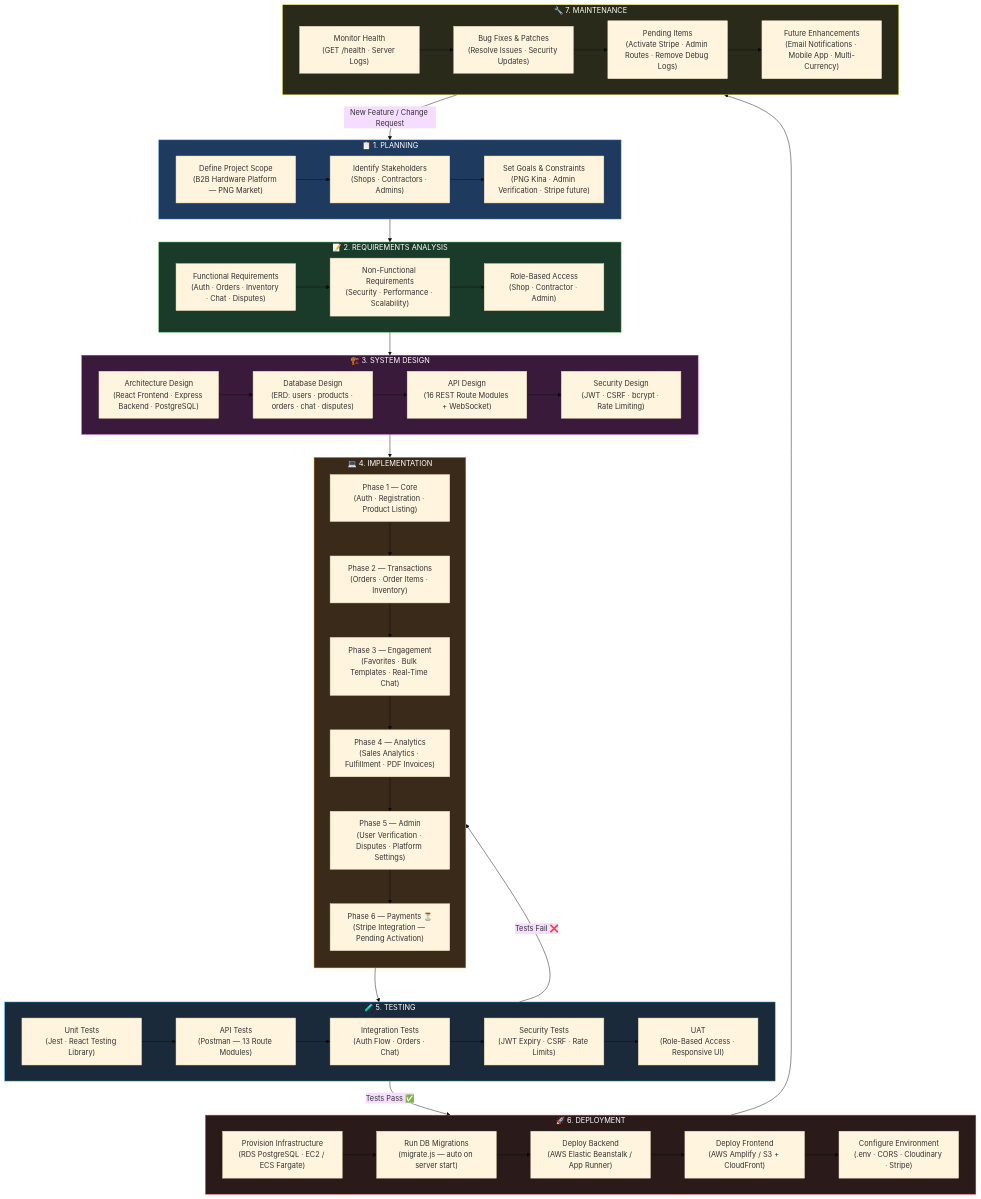
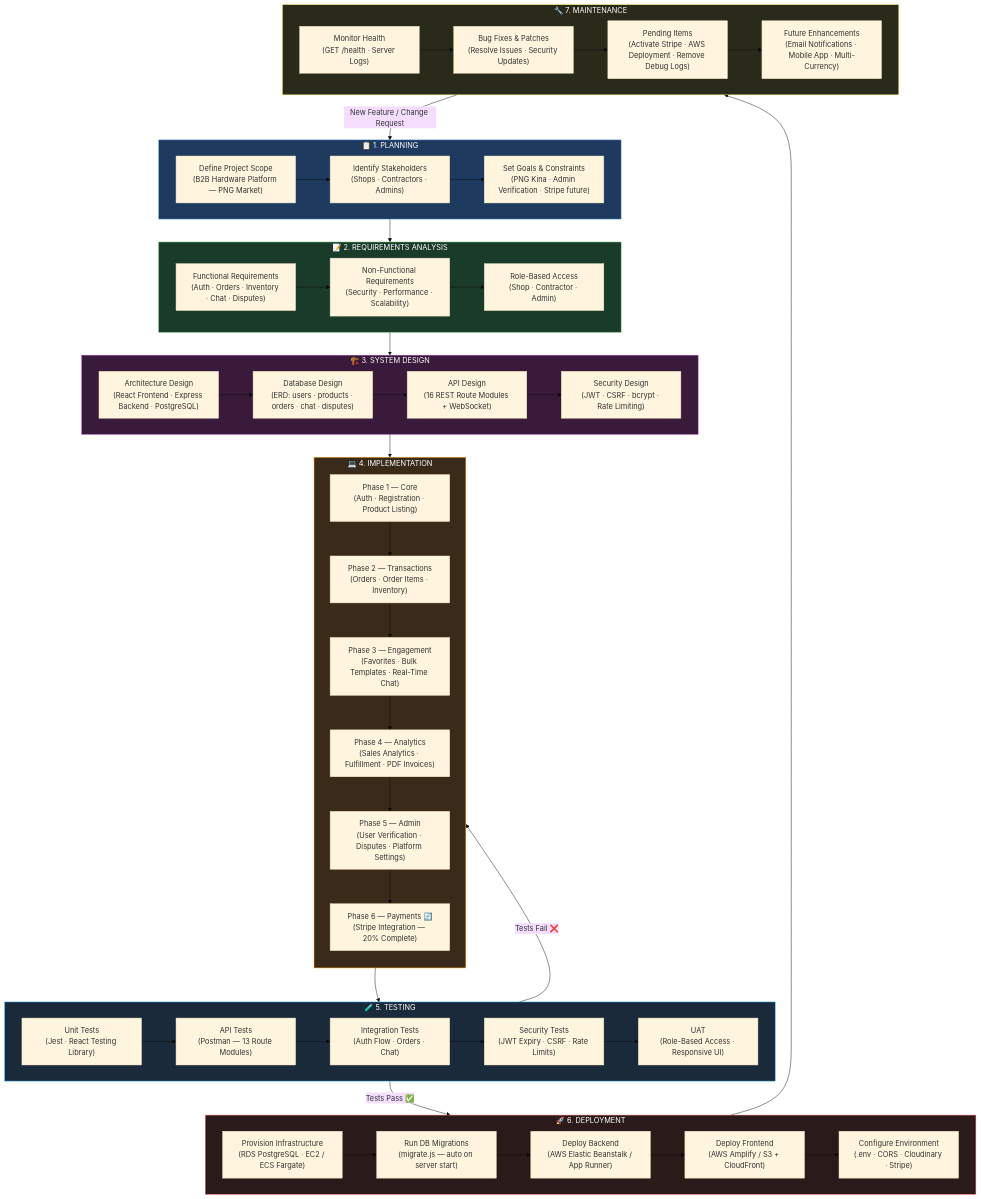
One commit to juraguailew-dotcom/HardwareB2bPlatform changed the first of 2 diagrams in SDLC.md. Above: the diagram before and after it, drawn with Mermaid (base theme). The commit also changed other lines of this file and 30 other files, not shown here.

```diff
--- a/SDLC.md
+++ b/SDLC.md
@@ -43,7 +43,7 @@
         I3["Phase 3 — Engagement\n(Favorites · Bulk Templates · Real-Time Chat)"]
         I4["Phase 4 — Analytics\n(Sales Analytics · Fulfillment · PDF Invoices)"]
         I5["Phase 5 — Admin\n(User Verification · Disputes · Platform Settings)"]
-        I6["Phase 6 — Payments ⏳\n(Stripe Integration — Pending Activation)"]
+        I6["Phase 6 — Payments 🔄\n(Stripe Integration — 20% Complete)"]
         I1 --> I2 --> I3 --> I4 --> I5 --> I6
     end
 
@@ -77,7 +77,7 @@
     subgraph MAINT["🔧 7. MAINTENANCE"]
         M1["Monitor Health\n(GET /health · Server Logs)"]
         M2["Bug Fixes & Patches\n(Resolve Issues · Security Updates)"]
-        M3["Pending Items\n(Activate Stripe · Admin Routes · Remove Debug Logs)"]
+        M3["Pending Items\n(Activate Stripe · AWS Deployment · Remove Debug Logs)"]
         M4["Future Enhancements\n(Email Notifications · Mobile App · Multi-Currency)"]
         M1 --> M2 --> M3 --> M4
     end
```
